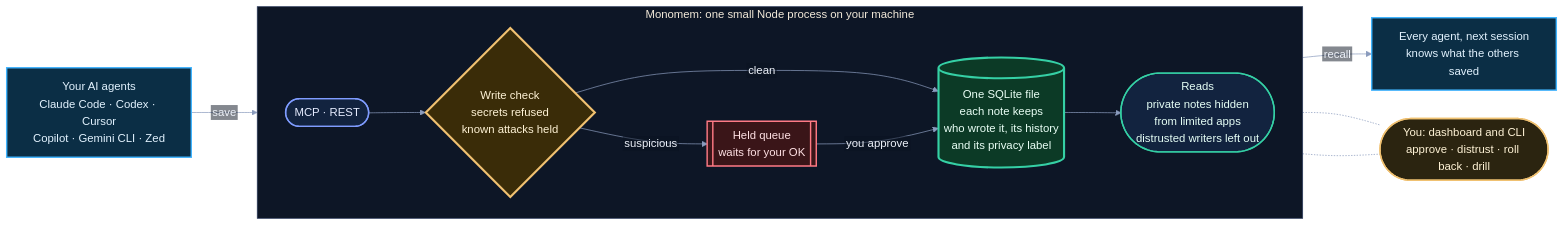
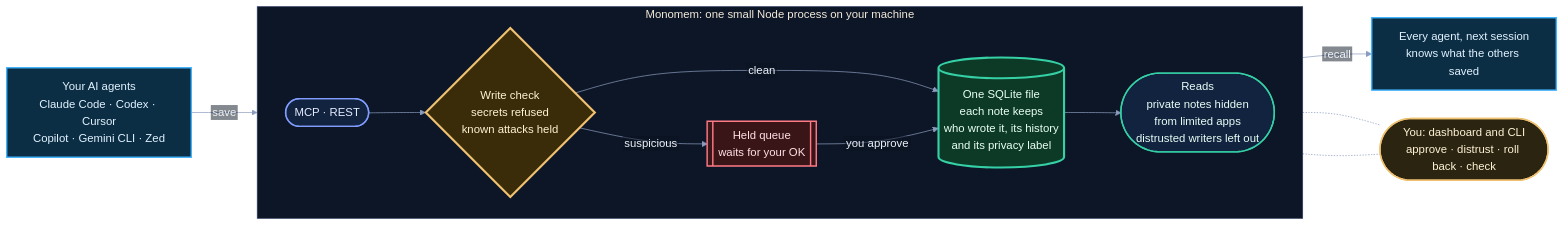
The diagram in docs/architecture.md (calasdan-sketch/monomem), drawn with Mermaid before and after one commit. The commit also changed other lines of this file and 28 other files, not shown here.

Commit message:
docs: 1.6 tool and command names, one word per concept, measured tool-schema cost; old names mentioned once

````diff
--- a/docs/architecture.md
+++ b/docs/architecture.md
@@ -3,46 +3,46 @@
 ```mermaid
 %%{init: {"theme":"base","flowchart":{"useMaxWidth":false,"htmlLabels":false,"curve":"basis","nodeSpacing":40,"rankSpacing":55},
   "themeVariables":{"fontFamily":"Arial, Helvetica, sans-serif","fontSize":"16px",
   "primaryColor":"#12233f","primaryTextColor":"#eef2fa","primaryBorderColor":"#2b3a5c",
   "lineColor":"#8a9bbd","clusterBkg":"#0d1626","clusterBorder":"#2b3a5c",
   "edgeLabelBackground":"#0b1220","tertiaryColor":"#0d1626"}}}%%
 flowchart LR
   AG["Your AI agents<br/>Claude Code · Codex · Cursor<br/>Copilot · Gemini CLI · Zed"]
   AG2["Every agent, next session<br/>knows what the others saved"]
 
   subgraph mm["Monomem: one small Node process on your machine"]
     direction LR
     IN(["MCP · REST"])
     GATE{"Write check<br/>secrets refused<br/>known attacks held"}
     HELD[["Held queue<br/>waits for your OK"]]
     DB[("One SQLite file<br/>each note keeps<br/>who wrote it, its history<br/>and its privacy label")]
     OUT(["Reads<br/>private notes hidden<br/>from limited apps<br/>distrusted writers left out"])
     IN --> GATE
     GATE -- "clean" --> DB
     GATE -- "suspicious" --> HELD
     HELD -- "you approve" --> DB
     DB --> OUT
   end
 
-  YOU(["You: dashboard and CLI<br/>approve · distrust · roll back · drill"])
+  YOU(["You: dashboard and CLI<br/>approve · distrust · roll back · check"])
 
   AG -- "save" --> IN
   OUT -- "recall" --> AG2
   HELD -.- YOU
   DB -.- YOU
 
   classDef agent fill:#0b2e45,stroke:#3fb4ff,stroke-width:2px,color:#e3f3ff;
   classDef entry fill:#12233f,stroke:#7f9cff,stroke-width:2px,color:#e6ecff;
   classDef gate  fill:#3a2c08,stroke:#f0c171,stroke-width:3px,color:#fff3d6;
   classDef held  fill:#3a1518,stroke:#ff7a85,stroke-width:2px,color:#ffe1e4;
   classDef store fill:#0c3a26,stroke:#35d0a5,stroke-width:3px,color:#eafff6;
   classDef read  fill:#12233f,stroke:#35d0a5,stroke-width:2px,color:#e6fff6;
   classDef you   fill:#2b2410,stroke:#f0c171,stroke-width:2px,color:#fff3d6;
   class AG,AG2 agent;
   class IN entry;
   class GATE gate;
   class HELD held;
   class DB store;
   class OUT read;
   class YOU you;
 ```
````
